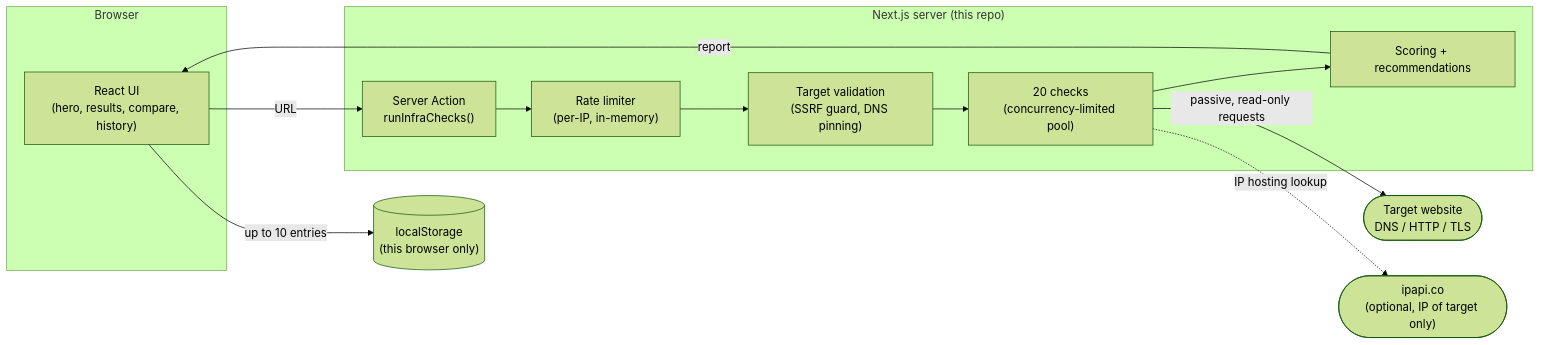
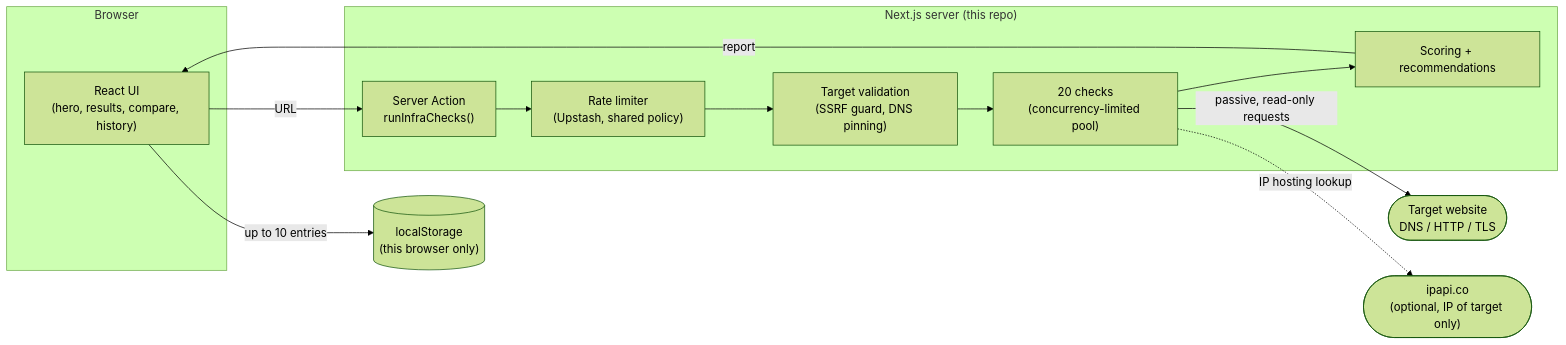
Before and after one commit to Randy-R-code/randy-code: the diagram in docs/infralens/README.md, drawn with Mermaid (forest theme). The commit also changed other lines of this file, not shown here.

First line of the commit message:
docs: fix stale rate-limiting description in InfraLens dev docs

````diff
--- a/docs/infralens/README.md
+++ b/docs/infralens/README.md
@@ -31,26 +31,26 @@
 ```mermaid
 flowchart LR
     subgraph Browser
         UI["React UI\n(hero, results, compare, history)"]
     end
     subgraph "Next.js server (this repo)"
         SA["Server Action\nrunInfraChecks()"]
-        RL["Rate limiter\n(per-IP, in-memory)"]
+        RL["Rate limiter\n(Upstash, shared policy)"]
         SSRF["Target validation\n(SSRF guard, DNS pinning)"]
         Checks["20 checks\n(concurrency-limited pool)"]
         Score["Scoring + recommendations"]
     end
     Target(["Target website\nDNS / HTTP / TLS"])
     ipapi(["ipapi.co\n(optional, IP of target only)"])
     LocalStorage[("localStorage\n(this browser only)")]
 
     UI -- "URL" --> SA
     SA --> RL
     RL --> SSRF
     SSRF --> Checks
     Checks -- "passive, read-only requests" --> Target
     Checks -.->|"IP hosting lookup"| ipapi
     Checks --> Score
     Score -- "report" --> UI
     UI -- "up to 10 entries" --> LocalStorage
 ```
````
